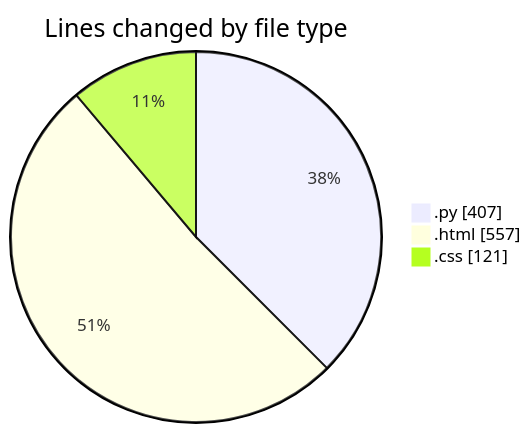
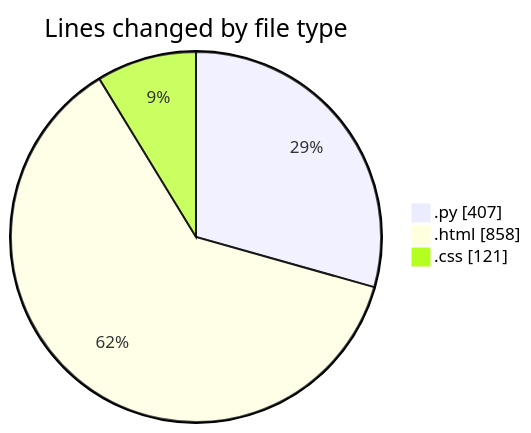
One commit to Elitesun/code-tracking changed the first of 2 diagrams in 2025-01-31/flask/README.md. Above: the diagram before and after it, drawn with Mermaid. The commit also changed other lines of this file and 1 other file, not shown here.

````diff
--- a/2025-01-31/flask/README.md
+++ b/2025-01-31/flask/README.md
@@ -25,7 +25,7 @@
 ```mermaid
 pie showData
 title Lines changed by file type
 ".py" : 407
-".html" : 557
+".html" : 858
 ".css" : 121
 ```
````
